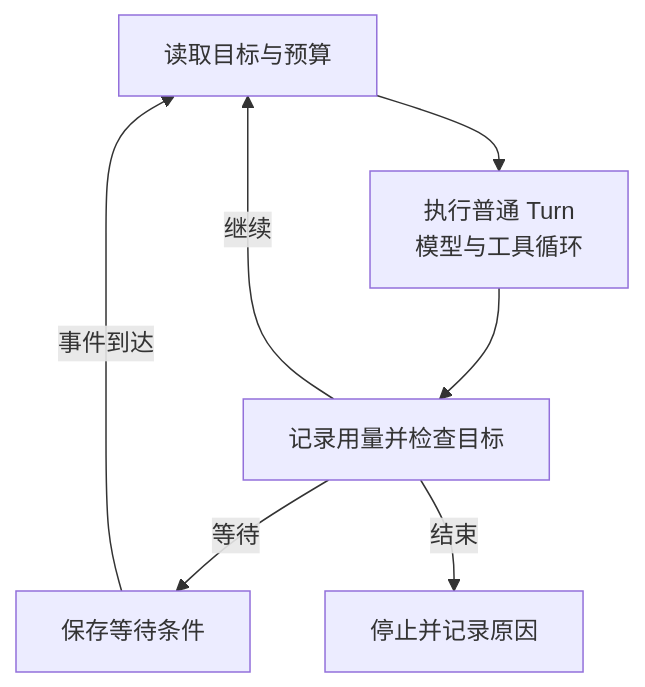
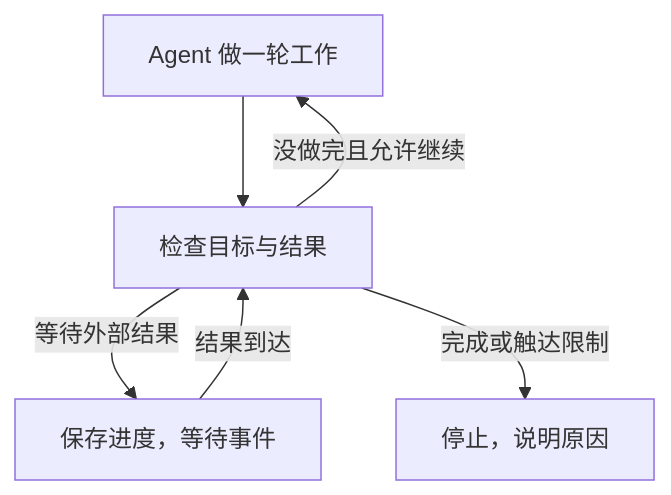
One commit to ALVIN-YANG/alvin-notes changed the diagram in src/content/docs/ai/harness-goal-controller.md. Above: the diagram before and after it, drawn with Mermaid. The commit also changed other lines of this file and 1 other file, not shown here.

Commit message:
重写两篇 Agent 文章，前置结论并简化阅读主线

````diff
--- a/src/content/docs/ai/harness-goal-controller.md
+++ b/src/content/docs/ai/harness-goal-controller.md
@@ -39,9 +42,8 @@
 ```mermaid
 flowchart TD
-  G["读取目标与预算"] --> T["执行普通 Turn<br/>模型与工具循环"]
-  T --> C["记录用量并检查目标"]
-  C -->|继续| G
-  C -->|等待| W["保存等待条件"]
-  W -->|事件到达| G
-  C -->|结束| S["停止并记录原因"]
+  A["Agent 做一轮工作"] --> B["检查目标与结果"]
+  B -->|没做完且允许继续| A
+  B -->|等待外部结果| C["保存进度，等待事件"]
+  C -->|结果到达| B
+  B -->|完成或触达限制| D["停止，说明原因"]
 ```
````
